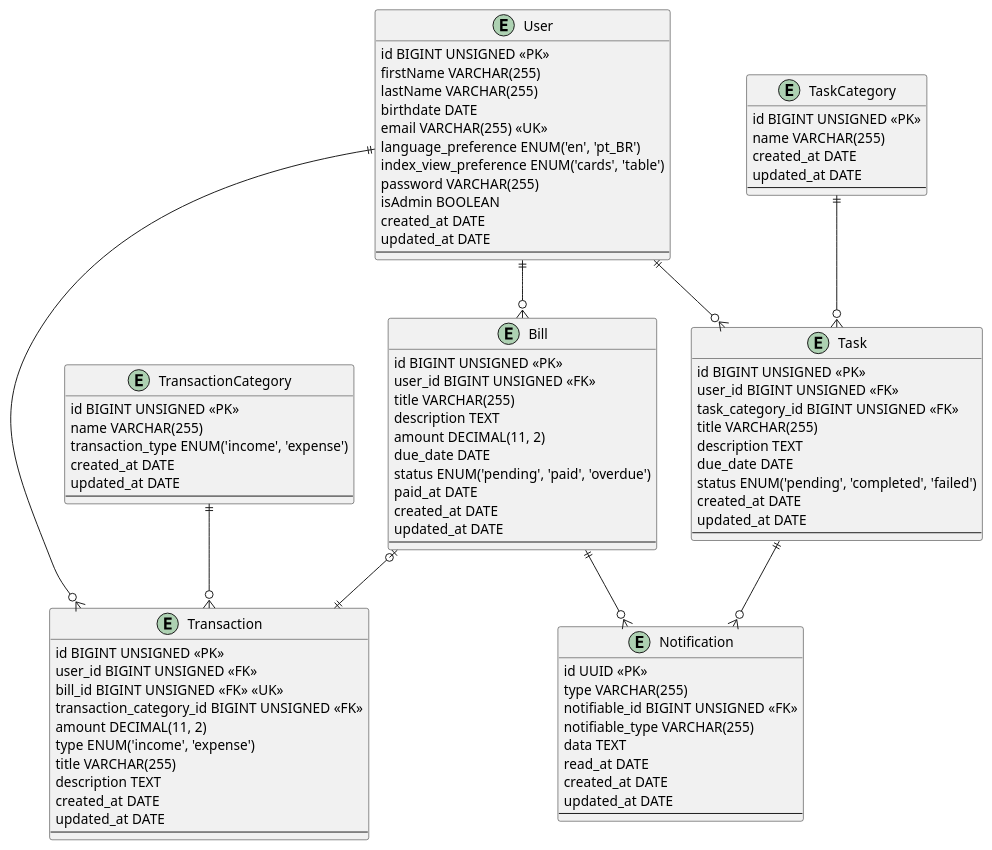
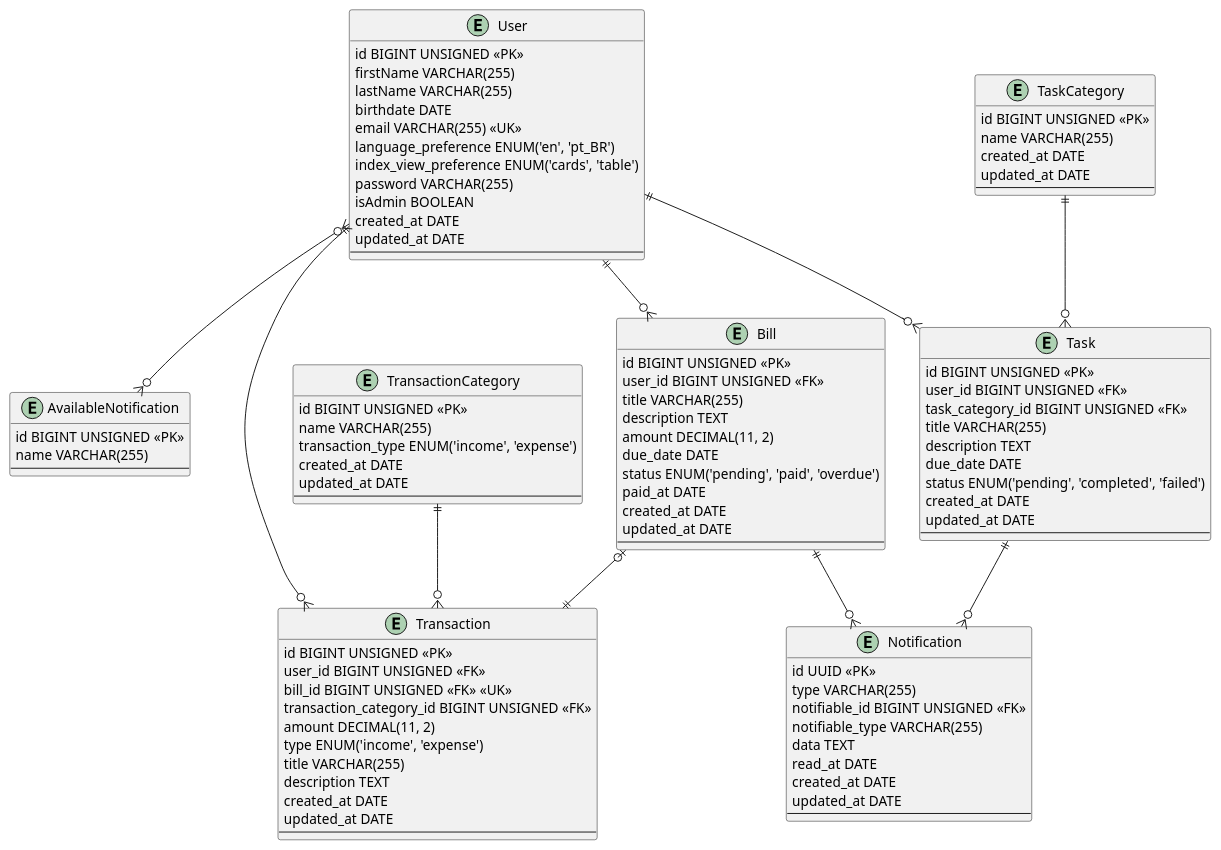
Before and after one commit to augusto-dmh/your-guardian: the diagram in database/design/erd.plantuml, drawn with PlantUML. The commit also changed 2 other files, not shown here.

Commit message:
feat: implement new tables and relationships in erd/dll

```diff
--- a/database/design/erd.plantuml
+++ b/database/design/erd.plantuml
@@ -1,98 +1,105 @@
 @startuml erd
 
 entity User {
     id BIGINT UNSIGNED <<PK>>
     firstName VARCHAR(255)
     lastName VARCHAR(255)
     birthdate DATE
     email VARCHAR(255) <<UK>>
     language_preference ENUM('en', 'pt_BR')
     index_view_preference ENUM('cards', 'table')
     password VARCHAR(255)
     isAdmin BOOLEAN
     created_at DATE
     updated_at DATE
     --
 }
 
 entity Transaction {
     id BIGINT UNSIGNED <<PK>>
     user_id BIGINT UNSIGNED <<FK>>
     bill_id BIGINT UNSIGNED <<FK>> <<UK>>
     transaction_category_id BIGINT UNSIGNED <<FK>>
     amount DECIMAL(11, 2)
     type ENUM('income', 'expense')
     title VARCHAR(255)
     description TEXT
     created_at DATE
     updated_at DATE
     --
 }
 
 entity Bill {
     id BIGINT UNSIGNED <<PK>>
     user_id BIGINT UNSIGNED <<FK>>
     title VARCHAR(255)
     description TEXT
     amount DECIMAL(11, 2)
     due_date DATE
     status ENUM('pending', 'paid', 'overdue')
     paid_at DATE
     created_at DATE
     updated_at DATE
     --
 }
 
 entity Notification {
     id UUID <<PK>>
     type VARCHAR(255)
     notifiable_id BIGINT UNSIGNED <<FK>>
     notifiable_type VARCHAR(255)
     data TEXT
     read_at DATE
     created_at DATE
     updated_at DATE
     --
 }
 
+entity AvailableNotification {
+    id BIGINT UNSIGNED <<PK>>
+    name VARCHAR(255)
+    --
+}
+
 entity Task {
     id BIGINT UNSIGNED <<PK>>
     user_id BIGINT UNSIGNED <<FK>>
     task_category_id BIGINT UNSIGNED <<FK>>
     title VARCHAR(255)
     description TEXT
     due_date DATE
     status ENUM('pending', 'completed', 'failed')
     created_at DATE
     updated_at DATE
     --
 }
 
 entity TransactionCategory {
     id BIGINT UNSIGNED <<PK>>
     name VARCHAR(255)
     transaction_type ENUM('income', 'expense')
     created_at DATE
     updated_at DATE
     --
 }
 
 entity TaskCategory {
     id BIGINT UNSIGNED <<PK>>
     name VARCHAR(255)
     created_at DATE
     updated_at DATE
     --
 }
 
 
 User ||--o{ Transaction
 User ||--o{ Bill
 Bill ||--o{ Notification
 Task ||--o{ Notification
 User ||--o{ Task
+User }o--o{ AvailableNotification
 TaskCategory ||--o{ Task
 TransactionCategory ||--o{ Transaction
 Bill |o--|| Transaction
 
 @enduml
```
